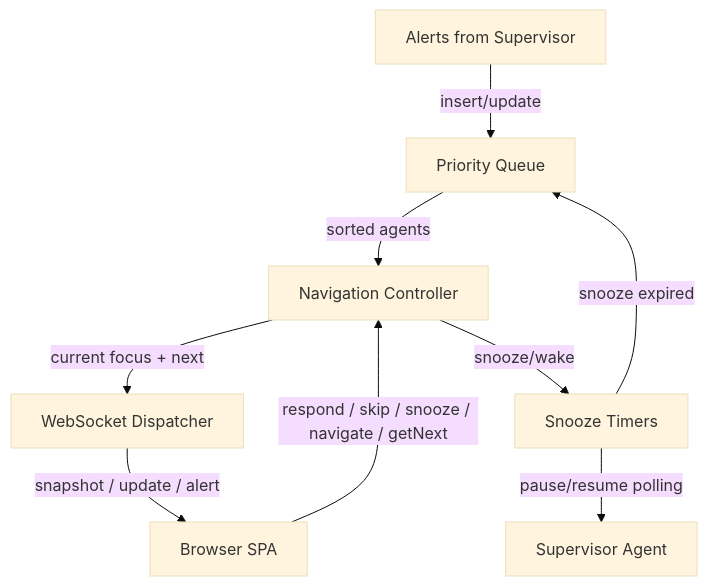
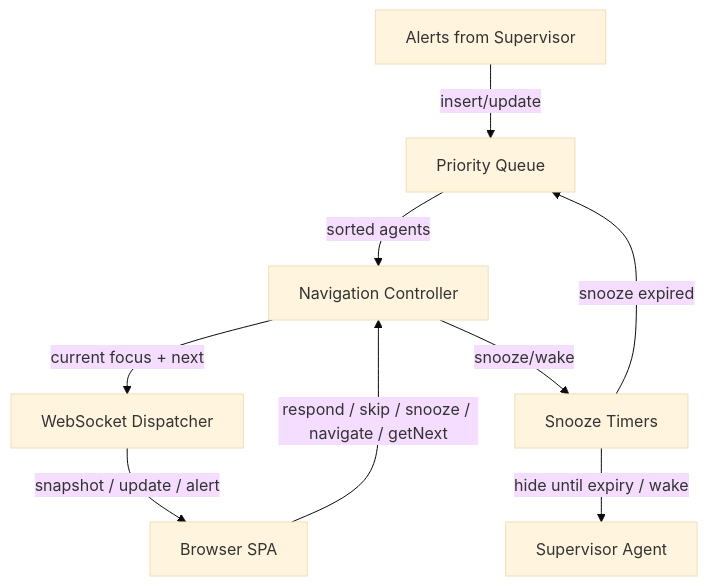
The diagram in docs/system-models/subsystems/attention-router/01-component-view.md (kookr-ai/kookr), drawn with Mermaid (base theme) before and after one commit. The commit also changed 11 other files, not shown here.

Commit message:
docs: reconcile architecture drift

````diff
--- a/docs/system-models/subsystems/attention-router/01-component-view.md
+++ b/docs/system-models/subsystems/attention-router/01-component-view.md
@@ -9,16 +9,16 @@
 ```mermaid
 flowchart TD
   PQ[Priority Queue]
   Nav[Navigation Controller]
   ST[Snooze Timers]
   WS[WebSocket Dispatcher]
 
   AlertIn[Alerts from Supervisor] -->|"insert/update"| PQ
   PQ -->|"sorted agents"| Nav
   Nav -->|"current focus + next"| WS
   Nav -->|"snooze/wake"| ST
   ST -->|"snooze expired"| PQ
-  ST -->|"pause/resume polling"| SupOut[Supervisor Agent]
+  ST -->|"hide until expiry / wake"| SupOut[Supervisor Agent]
   WS -->|"snapshot / update / alert"| SPA[Browser SPA]
   SPA -->|"respond / skip / snooze / navigate / getNext"| Nav
 ```
````
